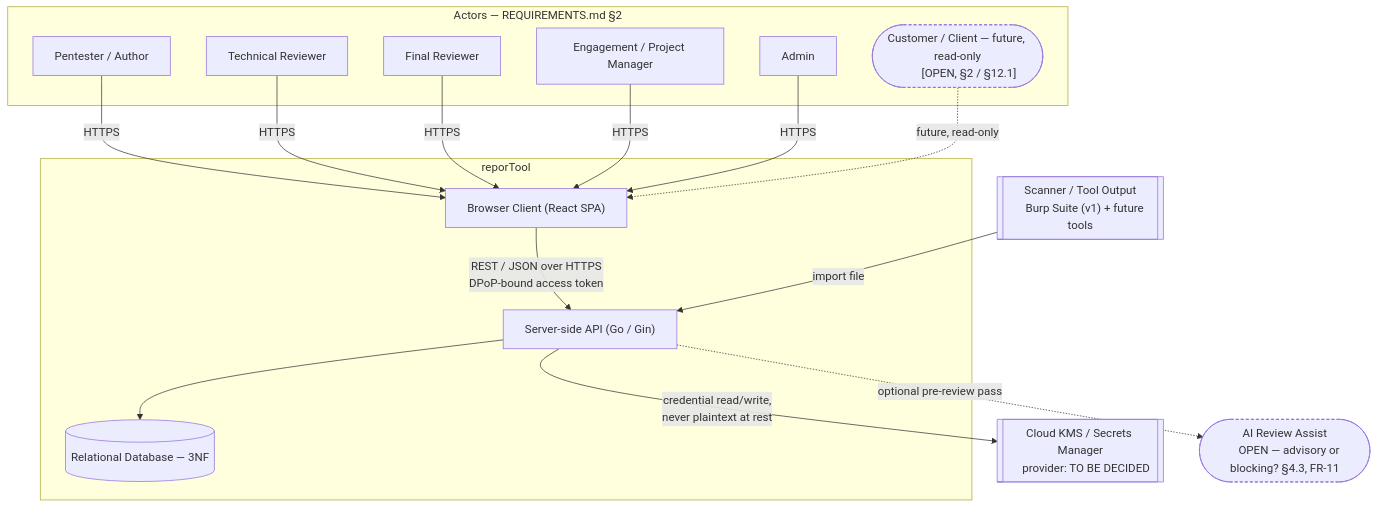
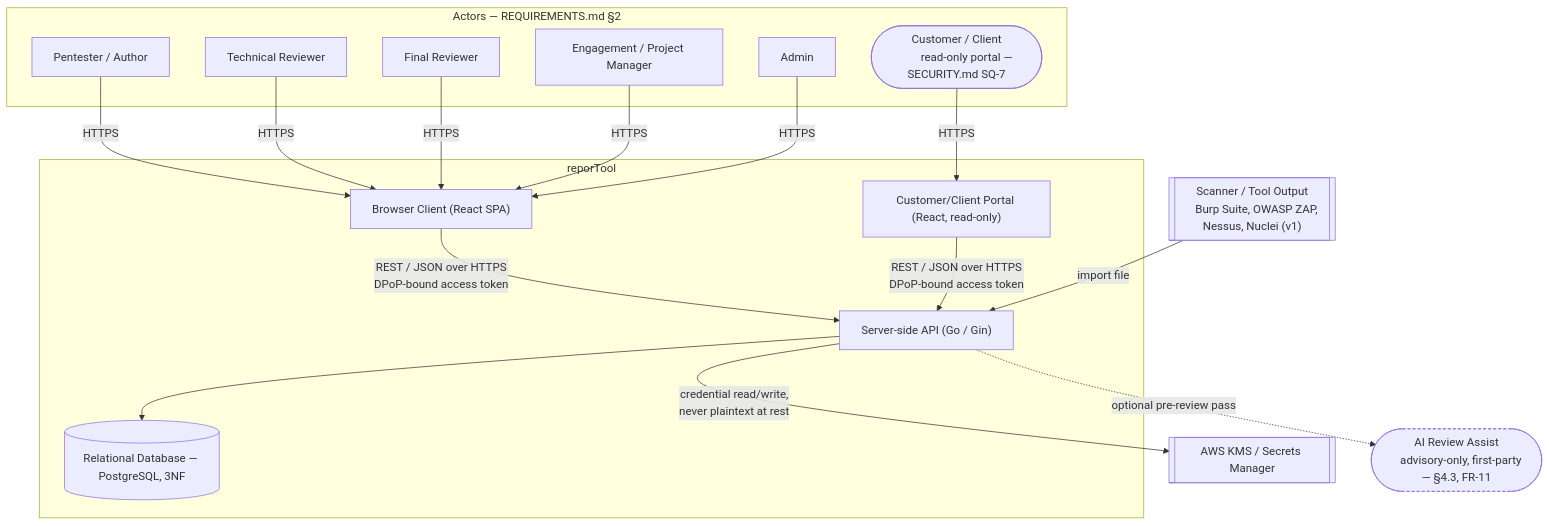
Before and after one commit to jmanico/reporTool: the first of 4 diagrams in ARCHITECTURE.md, drawn with Mermaid. The commit also changed other lines of this file and 4 other files, not shown here.

````diff
--- a/ARCHITECTURE.md
+++ b/ARCHITECTURE.md
@@ -44,43 +44,45 @@
 ```mermaid
 graph TB
     subgraph actors["Actors — REQUIREMENTS.md §2"]
         pentester["Pentester / Author"]
         techrev["Technical Reviewer"]
         finalrev["Final Reviewer"]
         pm["Engagement / Project Manager"]
         admin["Admin"]
-        client(["Customer / Client — future, read-only
-        [OPEN, §2 / §12.1]"])
+        client(["Customer / Client
+        read-only portal — SECURITY.md SQ-7"])
     end
 
     subgraph system["reporTool"]
         spa["Browser Client (React SPA)"]
+        portal["Customer/Client Portal (React, read-only)"]
         api["Server-side API (Go / Gin)"]
-        db[("Relational Database — 3NF")]
+        db[("Relational Database — PostgreSQL, 3NF")]
     end
 
-    kms[["Cloud KMS / Secrets Manager
-    provider: TO BE DECIDED"]]
+    kms[["AWS KMS / Secrets Manager"]]
     scanners[["Scanner / Tool Output
-    Burp Suite (v1) + future tools"]]
+    Burp Suite, OWASP ZAP, Nessus, Nuclei (v1)"]]
     ai(["AI Review Assist
-    OPEN — advisory or blocking? §4.3, FR-11"])
+    advisory-only, first-party — §4.3, FR-11"])
 
     pentester -->|HTTPS| spa
     techrev -->|HTTPS| spa
     finalrev -->|HTTPS| spa
     pm -->|HTTPS| spa
     admin -->|HTTPS| spa
-    client -.->|future, read-only| spa
+    client -->|HTTPS| portal
 
     spa -->|REST / JSON over HTTPS
+    DPoP-bound access token| api
+    portal -->|REST / JSON over HTTPS
     DPoP-bound access token| api
     api --> db
     api -->|credential read/write,
     never plaintext at rest| kms
     api -.->|optional pre-review pass| ai
     scanners -->|import file| api
 
     classDef open stroke-dasharray: 4 3;
-    class client,ai open;
+    class ai open;
 ```
````
